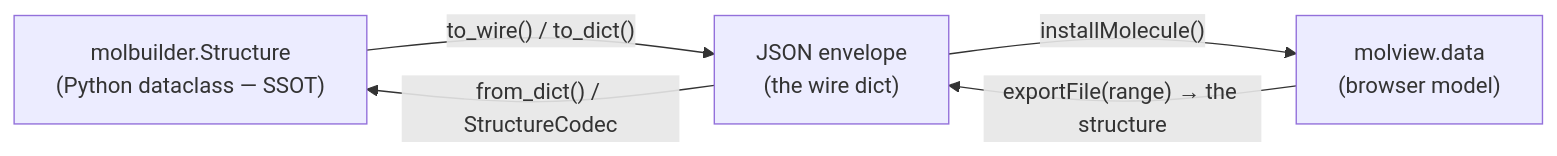
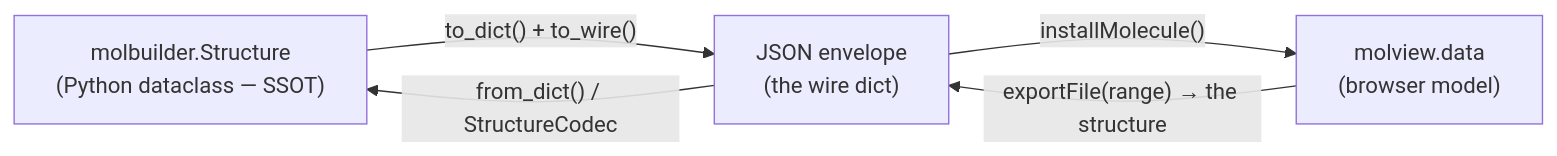
One commit to Qing-LAB/molbuilder changed the first of 3 diagrams in docs/model/structure.md. Above: the diagram before and after it, drawn with Mermaid. The commit also changed other lines of this file and 47 other files, not shown here.

````diff
--- a/docs/model/structure.md
+++ b/docs/model/structure.md
@@ -39,10 +39,10 @@
 ```mermaid
 flowchart LR
     PY["molbuilder.Structure<br/>(Python dataclass — SSOT)"]
     JSON["JSON envelope<br/>(the wire dict)"]
     JS["molview.data<br/>(browser model)"]
-    PY -- "to_wire() / to_dict()" --> JSON
+    PY -- "to_dict() + to_wire()" --> JSON
     JSON -- "installMolecule()" --> JS
     JS -- "exportFile(range) → the structure" --> JSON
     JSON -- "from_dict() / StructureCodec" --> PY
 ```
````
